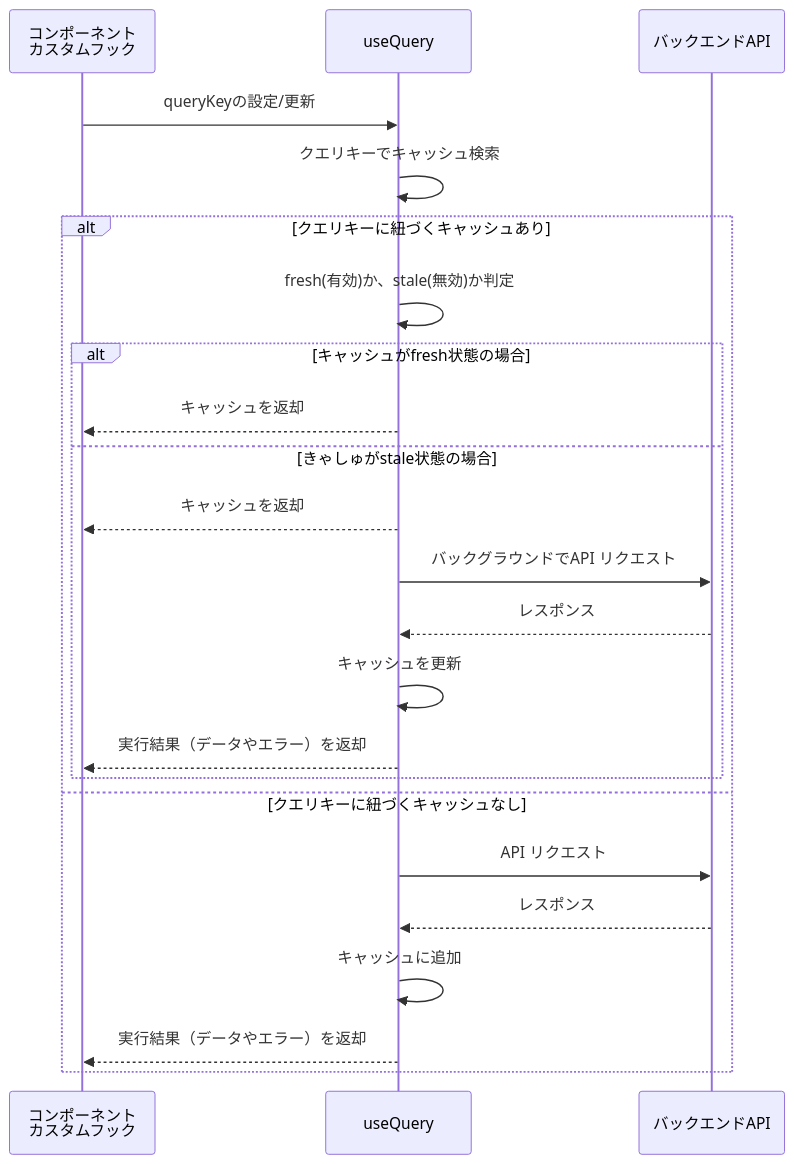
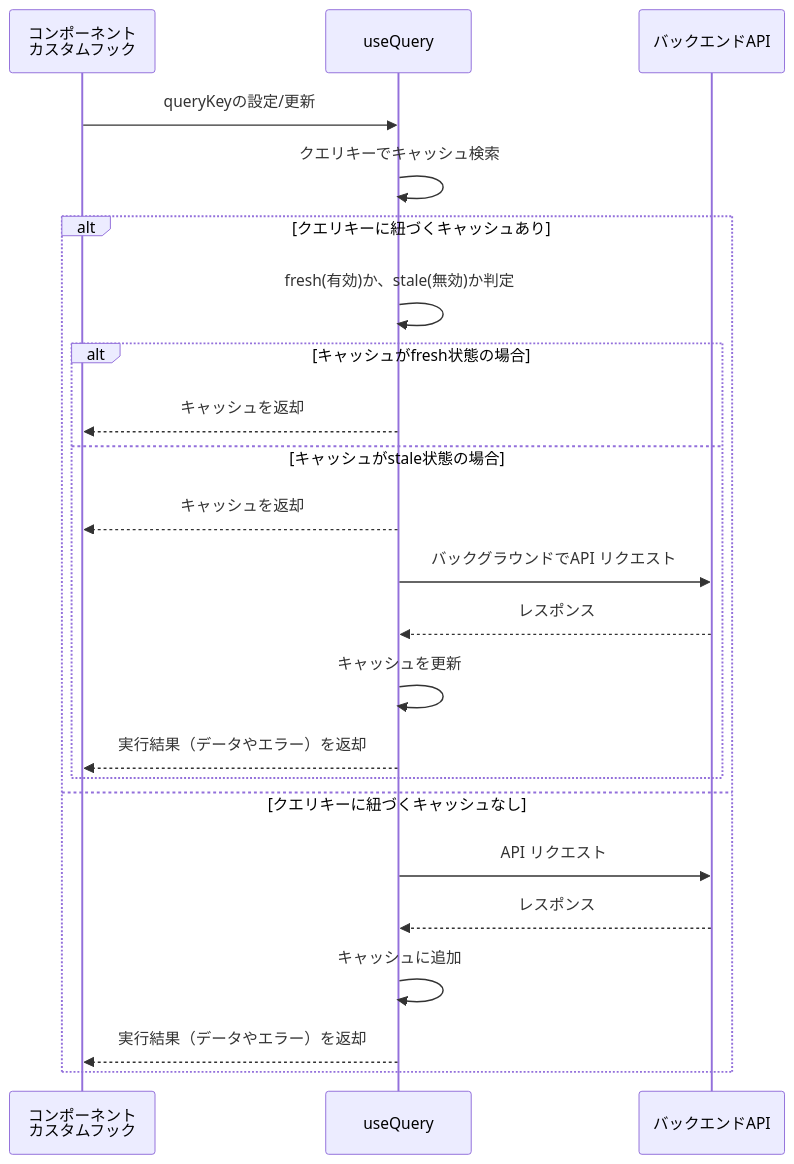
One commit to daisuke0412/react-sample changed the first of 4 diagrams in docs/guide/7.TanstackQuery.md. Above: the diagram before and after it, drawn with Mermaid.

````diff
--- a/docs/guide/7.TanstackQuery.md
+++ b/docs/guide/7.TanstackQuery.md
@@ -164,26 +164,26 @@
 ```mermaid
 sequenceDiagram
   participant Component as コンポーネント<br>カスタムフック
   participant TQ as useQuery
   participant API as バックエンドAPI
 
   Component->>TQ: queryKeyの設定/更新
   TQ->>TQ: クエリキーでキャッシュ検索
   alt クエリキーに紐づくキャッシュあり
     TQ->>TQ: fresh(有効)か、stale(無効)か判定
     alt キャッシュがfresh状態の場合
       TQ-->>Component: キャッシュを返却
-    else きゃしゅがstale状態の場合
+    else キャッシュがstale状態の場合
       TQ-->>Component: キャッシュを返却
       TQ->>API: バックグラウンドでAPI リクエスト
       API-->>TQ: レスポンス
       TQ->>TQ: キャッシュを更新
       TQ-->>Component: 実行結果（データやエラー）を返却
     end
   else クエリキーに紐づくキャッシュなし
     TQ->>API: API リクエスト
     API-->>TQ: レスポンス
     TQ->>TQ: キャッシュに追加
     TQ-->>Component: 実行結果（データやエラー）を返却
   end
 ```
````
